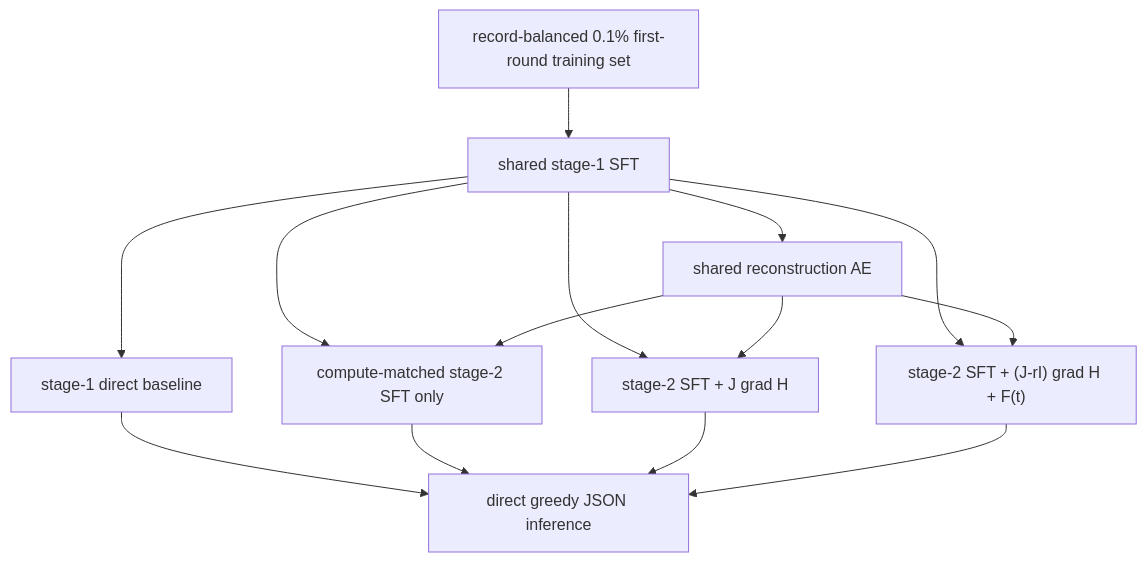
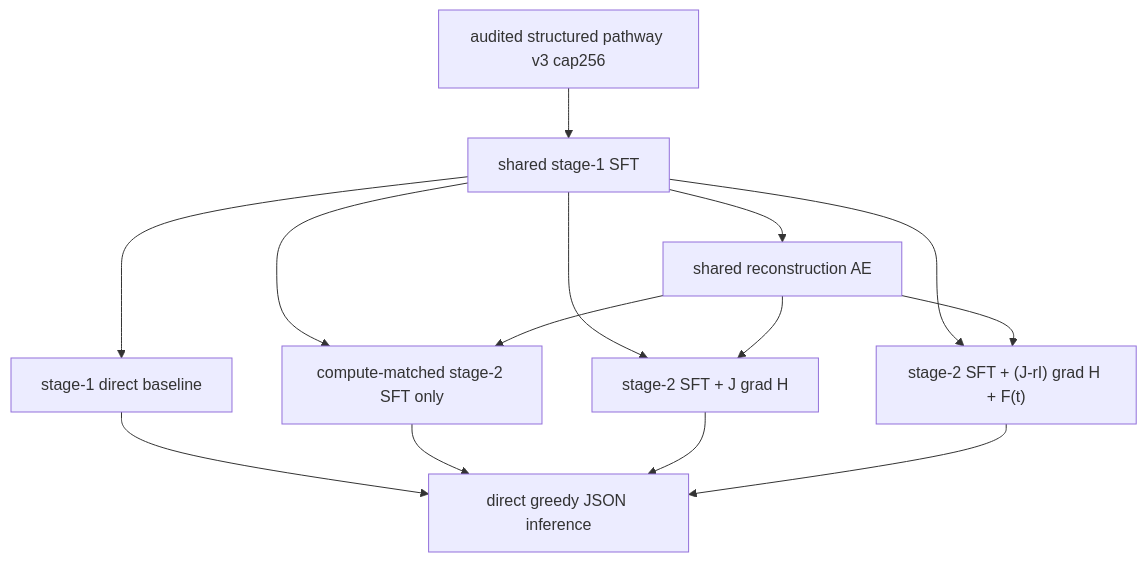
The diagram in experiments/TRAINING_MATRIX.md (KingofLaniakea/ChatPathway2), drawn with Mermaid before and after one commit. The commit also changed other lines of this file and 74 other files, not shown here.

Commit message:
Build audited structured pathway v3 pipeline

````diff
--- a/experiments/TRAINING_MATRIX.md
+++ b/experiments/TRAINING_MATRIX.md
@@ -3,16 +3,16 @@
 ```mermaid
 flowchart TD
-  data["record-balanced 0.1% first-round training set"] --> sft["shared stage-1 SFT"]
+  data["audited structured pathway v3 cap256"] --> sft["shared stage-1 SFT"]
   sft --> ae["shared reconstruction AE"]
   sft --> base["stage-1 direct baseline"]
   sft --> s2["compute-matched stage-2 SFT only"]
   ae --> s2
   sft --> hnn["stage-2 SFT + J grad H"]
   ae --> hnn
   sft --> fdh["stage-2 SFT + (J-rI) grad H + F(t)"]
   ae --> fdh
   base --> direct["direct greedy JSON inference"]
   s2 --> direct
   hnn --> direct
   fdh --> direct
 ```
````
